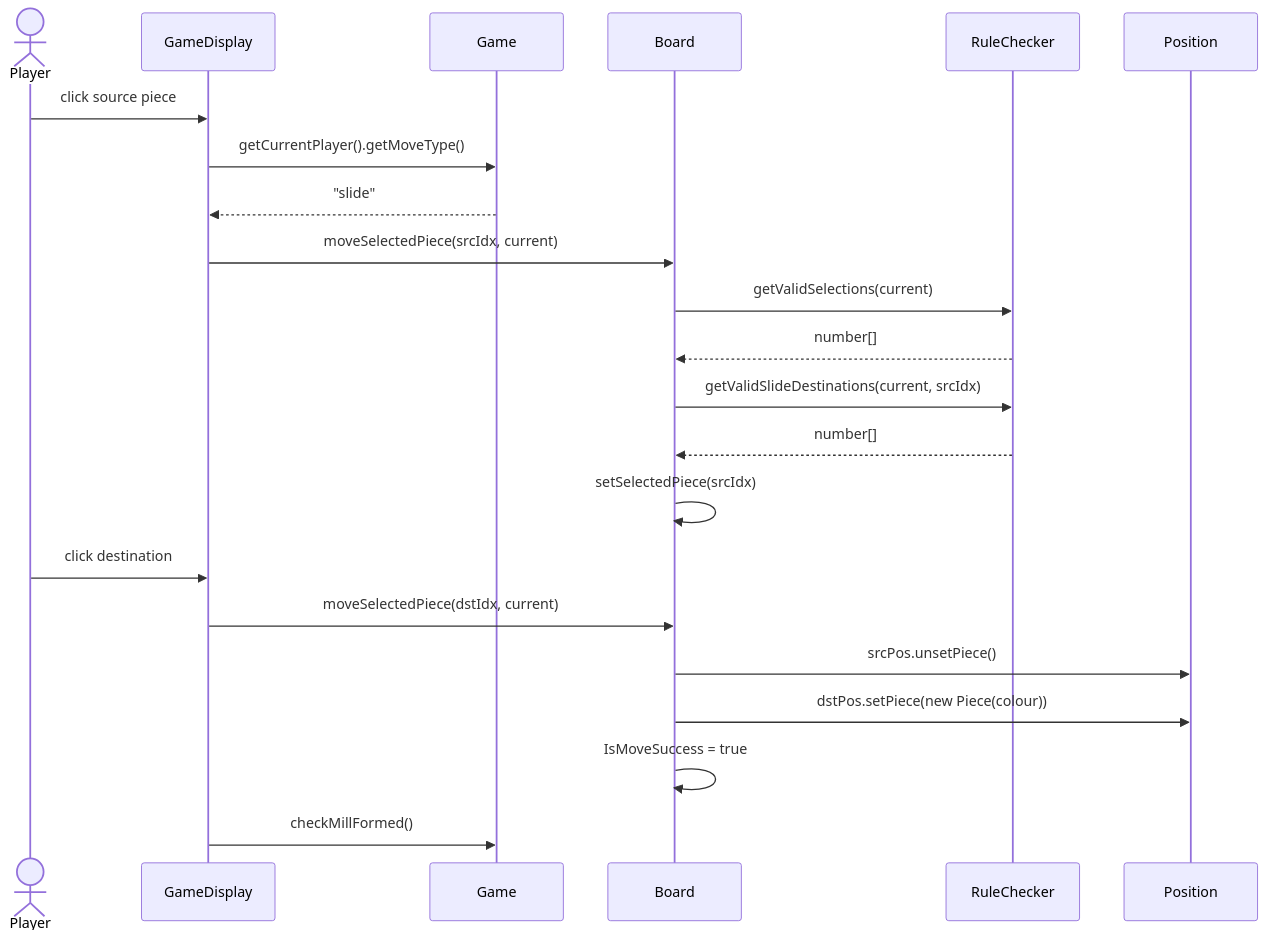
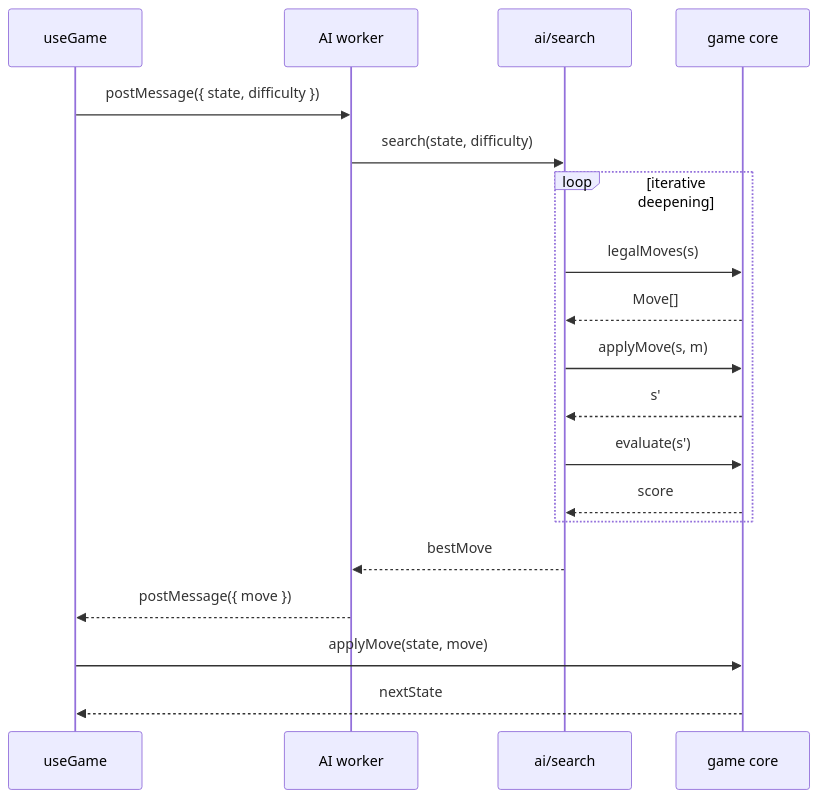
One commit to ligsnf/nine-mens-morris changed the fourth of 4 diagrams in docs/architecture.md. Above: the diagram before and after it, drawn with Mermaid. The commit also changed other lines of this file and 2 other files, not shown here.

Commit message:
docs: update architecture for new direction

````diff
--- a/docs/architecture.md
+++ b/docs/architecture.md
@@ -175,26 +213,22 @@
 ```mermaid
 sequenceDiagram
-    actor Player
-    participant GD as GameDisplay
-    participant G as Game
-    participant B as Board
-    participant RC as RuleChecker
-    participant P as Position
+    participant Reducer as useGame
+    participant Worker as AI worker
+    participant AI as ai/search
+    participant Core as game core
 
-    Player->>GD: click source piece
-    GD->>G: getCurrentPlayer().getMoveType()
-    G-->>GD: "slide"
-    GD->>B: moveSelectedPiece(srcIdx, current)
-    B->>RC: getValidSelections(current)
-    RC-->>B: number[]
-    B->>RC: getValidSlideDestinations(current, srcIdx)
-    RC-->>B: number[]
-    B->>B: setSelectedPiece(srcIdx)
-
-    Player->>GD: click destination
-    GD->>B: moveSelectedPiece(dstIdx, current)
-    B->>P: srcPos.unsetPiece()
-    B->>P: dstPos.setPiece(new Piece(colour))
-    B->>B: IsMoveSuccess = true
-    GD->>G: checkMillFormed()
+    Reducer->>Worker: postMessage({ state, difficulty })
+    Worker->>AI: search(state, difficulty)
+    loop iterative deepening
+        AI->>Core: legalMoves(s)
+        Core-->>AI: Move[]
+        AI->>Core: applyMove(s, m)
+        Core-->>AI: s'
+        AI->>Core: evaluate(s')
+        Core-->>AI: score
+    end
+    AI-->>Worker: bestMove
+    Worker-->>Reducer: postMessage({ move })
+    Reducer->>Core: applyMove(state, move)
+    Core-->>Reducer: nextState
 ```
````
